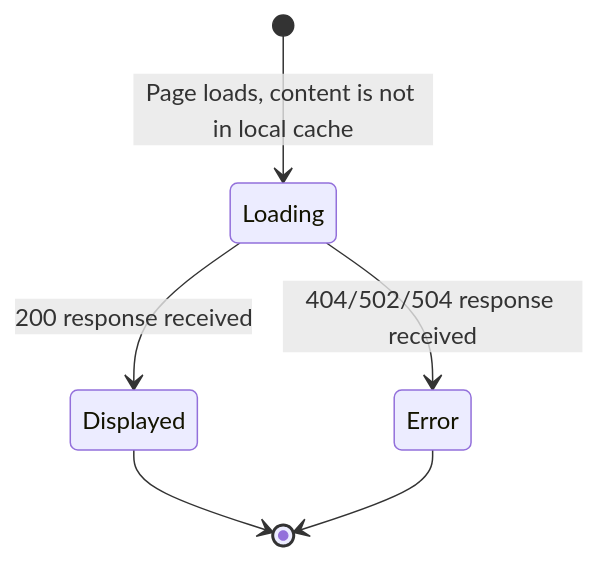
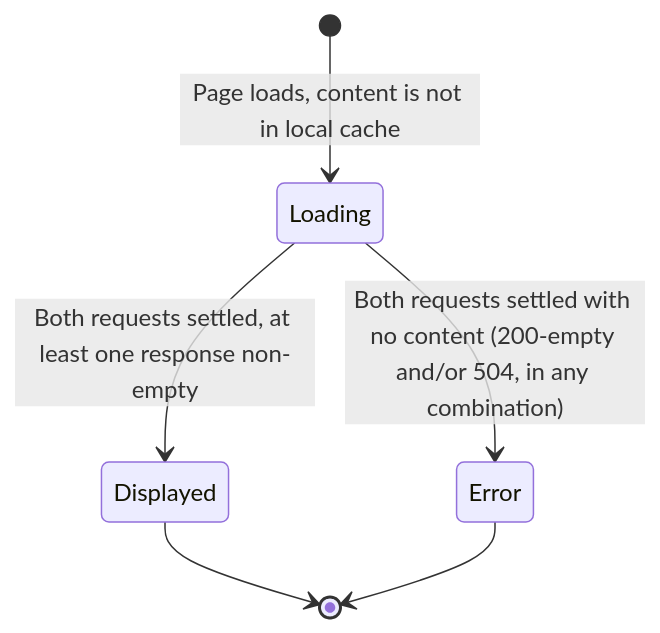
Before and after one commit to Jeferson-Filho/Art-Archive-Front-AI: the second of 3 diagrams in documentation/specs/08-navigation-flow.md, drawn with Mermaid. The commit also changed other lines of this file and 10 other files, not shown here.

````diff
--- a/documentation/specs/08-navigation-flow.md
+++ b/documentation/specs/08-navigation-flow.md
@@ -110,8 +114,8 @@
 ```mermaid
 stateDiagram-v2
     [*] --> Loading: Page loads, content is not in local cache
-    Loading --> Displayed: 200 response received
-    Loading --> Error: 404/502/504 response received
+    Loading --> Displayed: Both requests settled, at least one response non-empty
+    Loading --> Error: Both requests settled with no content (200-empty and/or 504, in any combination)
     Displayed --> [*]
     Error --> [*]
 ```
````
